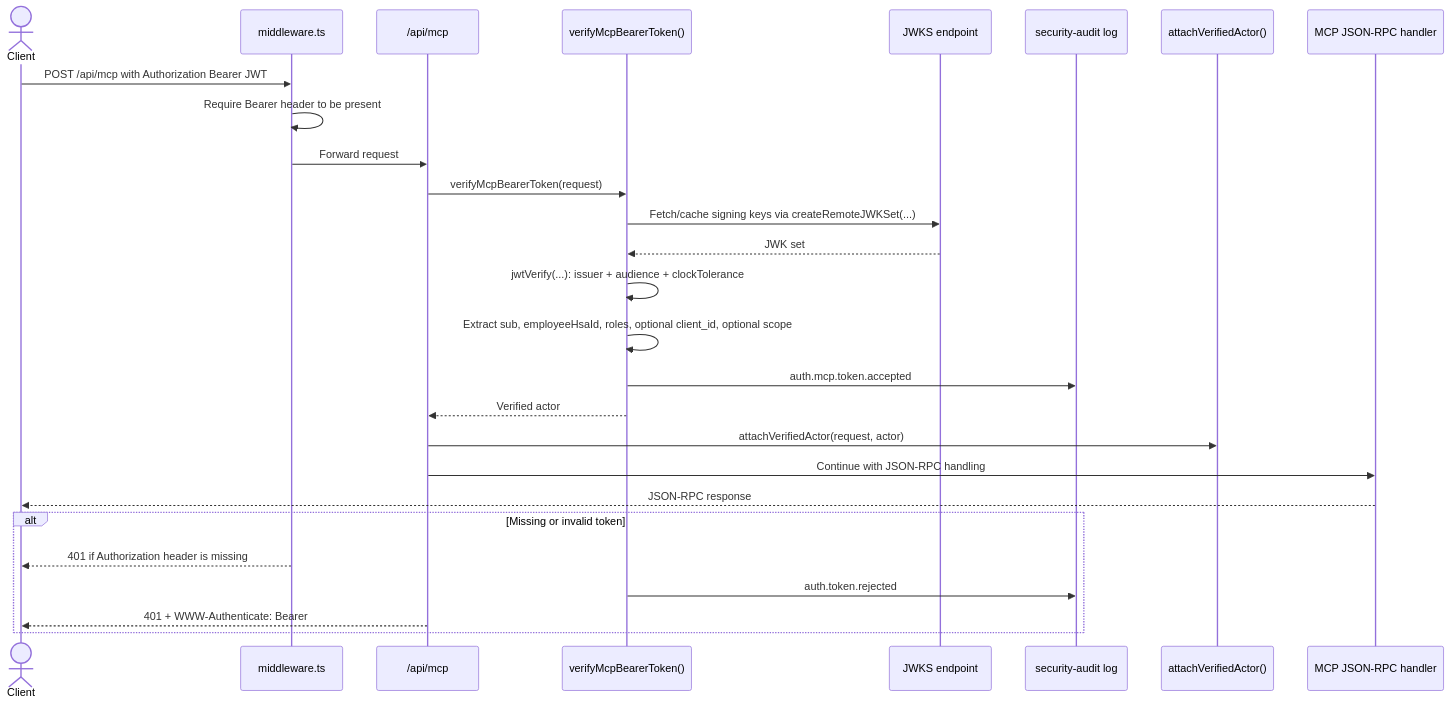
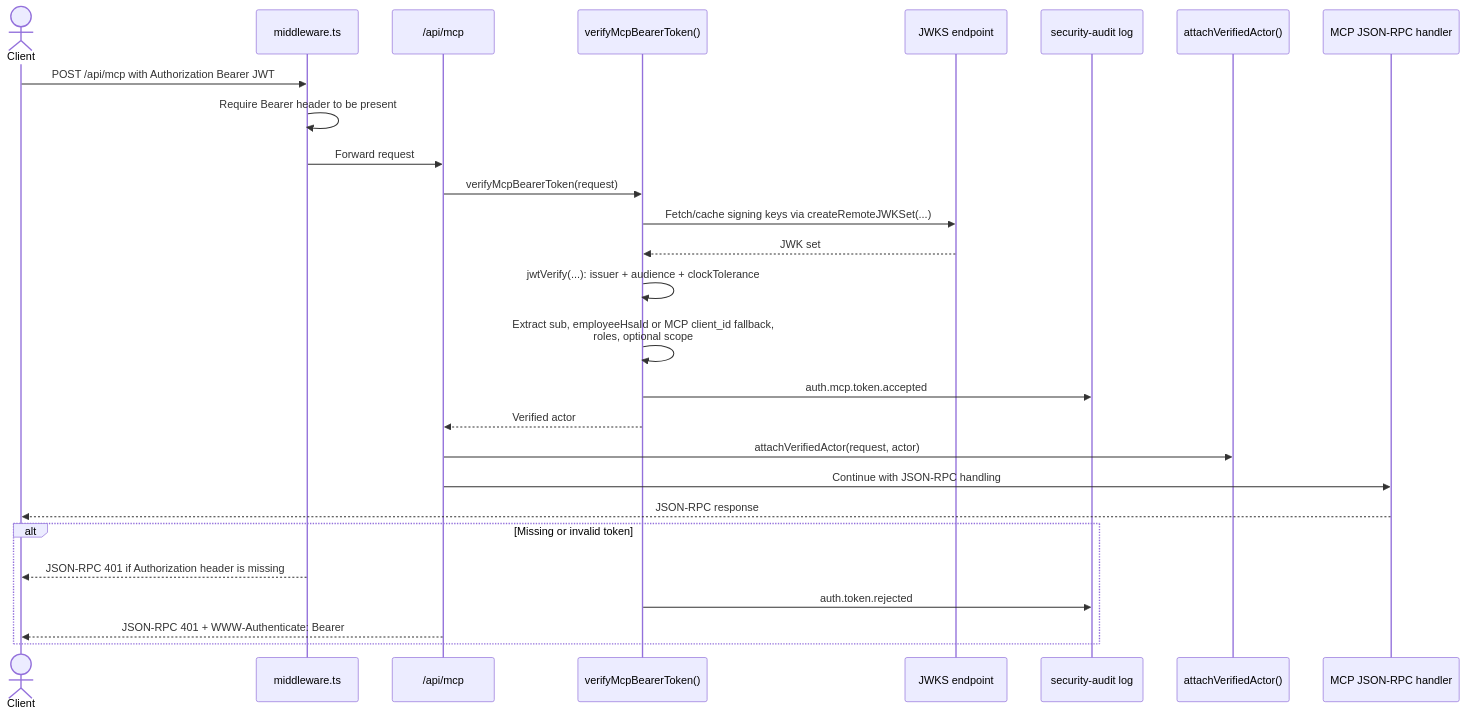
The second of 3 diagrams in docs/auth-how-it-works.md (viscalyx/Kravhantering), drawn with Mermaid before and after one commit. The commit also changed other lines of this file and 165 other files, not shown here.

````diff
--- a/docs/auth-how-it-works.md
+++ b/docs/auth-how-it-works.md
@@ -141,31 +141,31 @@
 ```mermaid
 sequenceDiagram
     actor Client
     participant Middleware as middleware.ts
     participant Route as /api/mcp
     participant Verify as verifyMcpBearerToken()
     participant JWKS as JWKS endpoint
     participant Audit as security-audit log
     participant Attach as attachVerifiedActor()
     participant Handler as MCP JSON-RPC handler
 
     Client->>Middleware: POST /api/mcp with Authorization Bearer JWT
     Middleware->>Middleware: Require Bearer header to be present
     Middleware->>Route: Forward request
     Route->>Verify: verifyMcpBearerToken(request)
     Verify->>JWKS: Fetch/cache signing keys via createRemoteJWKSet(...)
     JWKS-->>Verify: JWK set
     Verify->>Verify: jwtVerify(...): issuer + audience + clockTolerance
-    Verify->>Verify: Extract sub, employeeHsaId, roles, optional client_id, optional scope
+    Verify->>Verify: Extract sub, employeeHsaId or MCP client_id fallback,<br/>roles, optional scope
     Verify->>Audit: auth.mcp.token.accepted
     Verify-->>Route: Verified actor
     Route->>Attach: attachVerifiedActor(request, actor)
     Route->>Handler: Continue with JSON-RPC handling
     Handler-->>Client: JSON-RPC response
 
     alt Missing or invalid token
-        Middleware-->>Client: 401 if Authorization header is missing
+        Middleware-->>Client: JSON-RPC 401 if Authorization header is missing
         Verify->>Audit: auth.token.rejected
-        Route-->>Client: 401 + WWW-Authenticate: Bearer
+        Route-->>Client: JSON-RPC 401 + WWW-Authenticate: Bearer
     end
 ```
````
